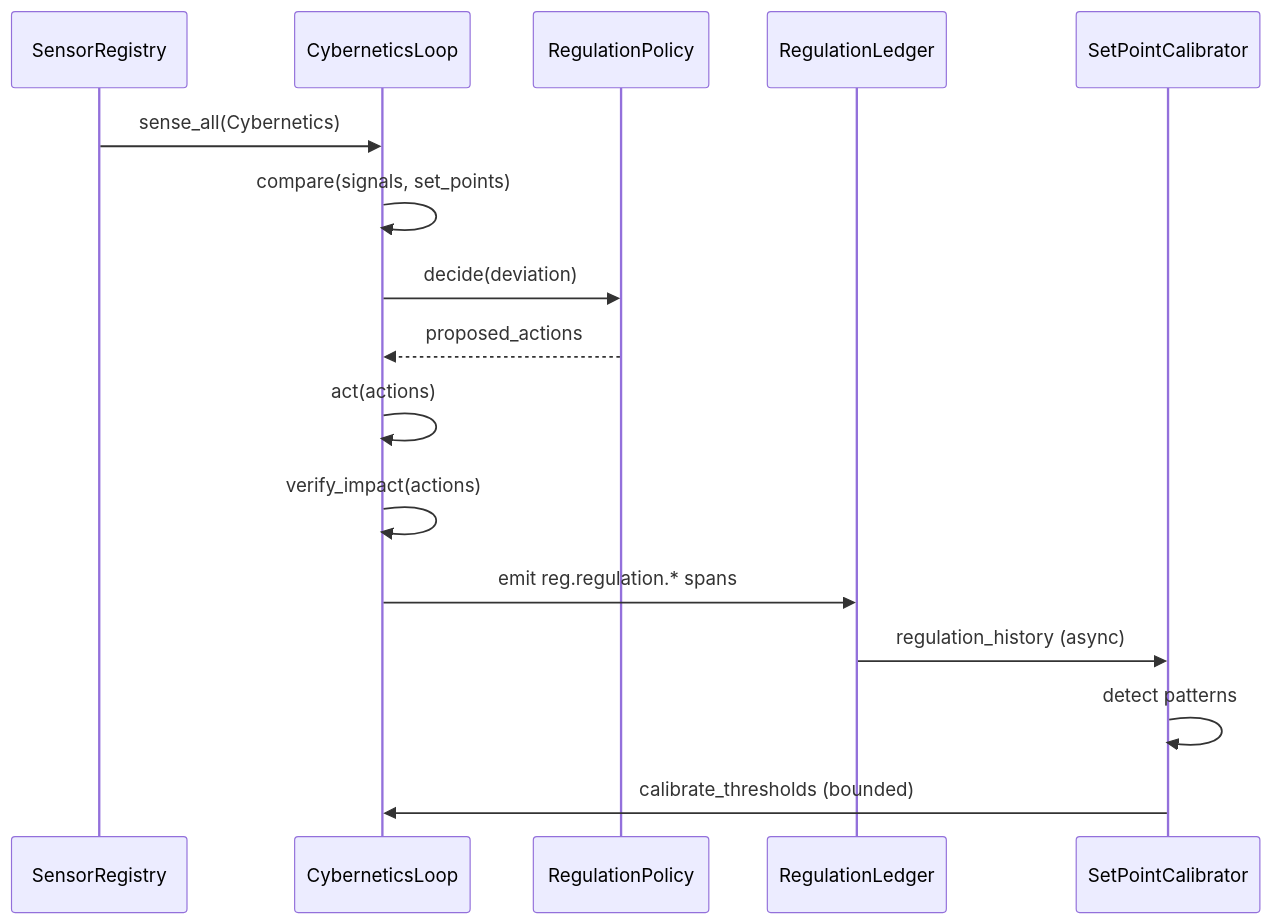
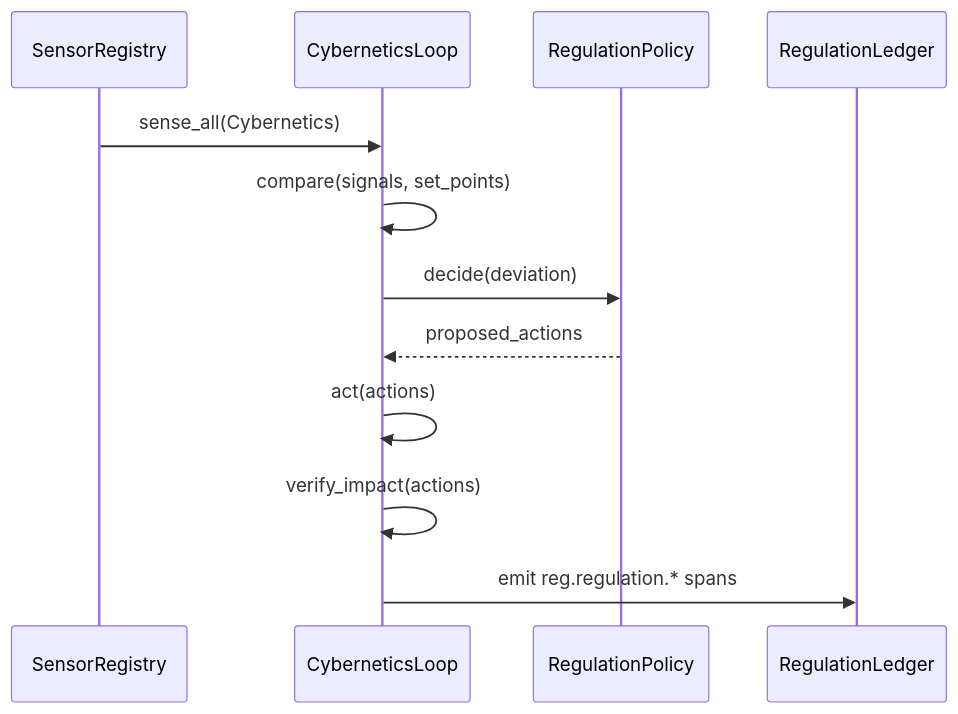
The second of 6 diagrams in kask/docs/architecture/core/toyota-kata-cybernetic-mapping.md (mdz-axo/zed-kask), drawn with Mermaid before and after one commit. The commit also changed other lines of this file and 5 other files, not shown here.

````diff
--- a/kask/docs/architecture/core/toyota-kata-cybernetic-mapping.md
+++ b/kask/docs/architecture/core/toyota-kata-cybernetic-mapping.md
@@ -278,19 +269,15 @@
 ```mermaid
 sequenceDiagram
     participant SC as SensorRegistry
     participant CL as CyberneticsLoop
     participant RP as RegulationPolicy
     participant CR as RegulationLedger
-    participant SPC as SetPointCalibrator
 
     SC->>CL: sense_all(Cybernetics)
     CL->>CL: compare(signals, set_points)
     CL->>RP: decide(deviation)
     RP-->>CL: proposed_actions
     CL->>CL: act(actions)
     CL->>CL: verify_impact(actions)
     CL->>CR: emit reg.regulation.* spans
-    CR->>SPC: regulation_history (async)
-    SPC->>SPC: detect patterns
-    SPC->>CL: calibrate_thresholds (bounded)
 ```
````
